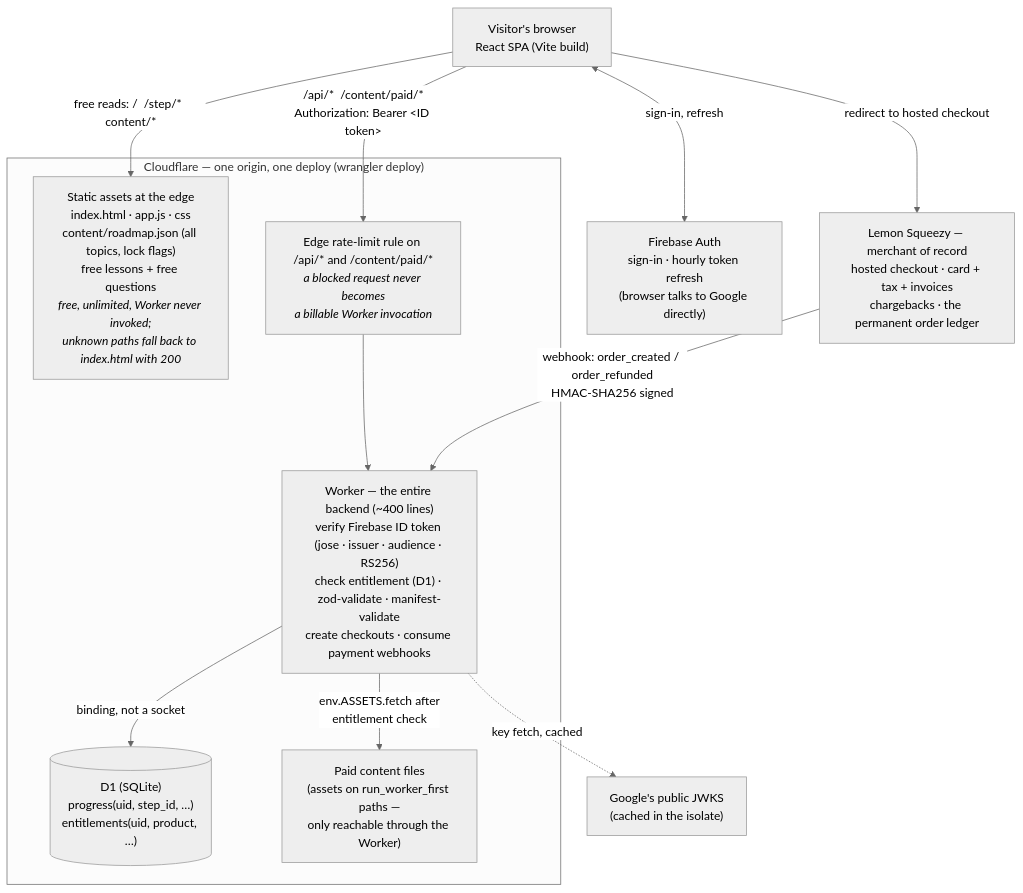
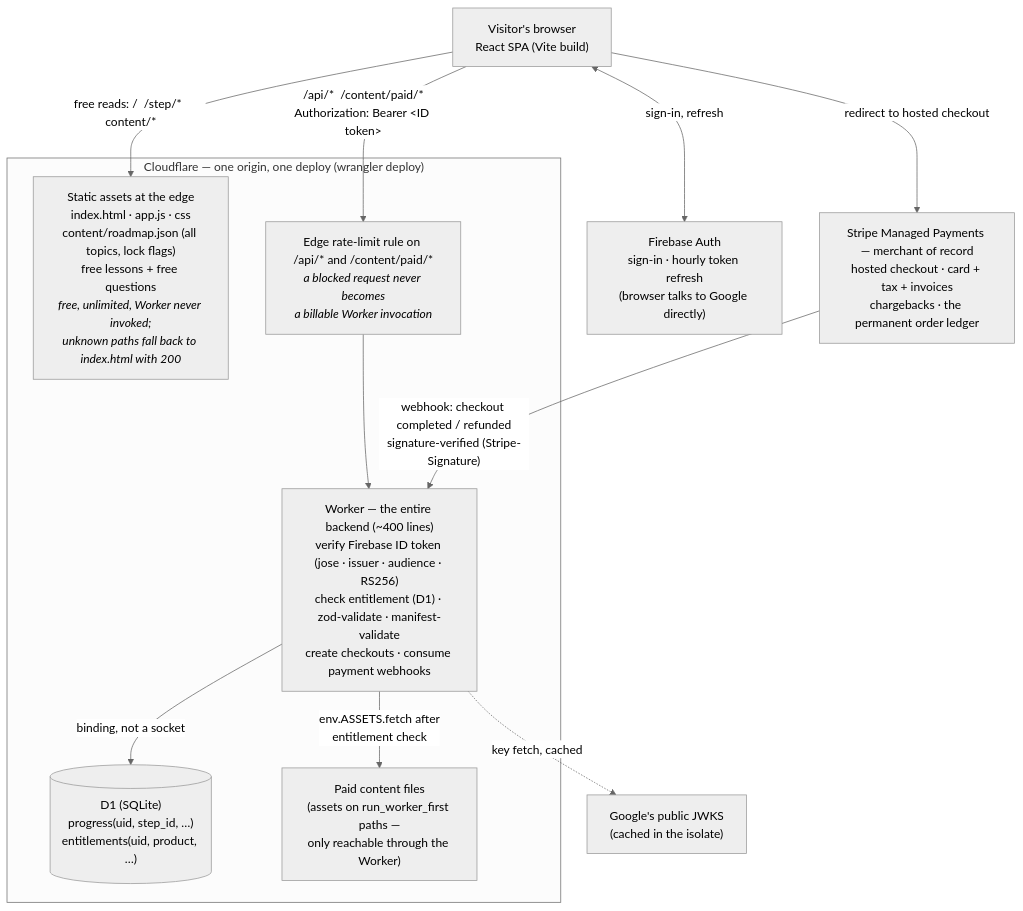
The diagram in DESIGN.md (Wnayar/deepcs), drawn with Mermaid (neutral theme) before and after one commit. The commit also changed other lines of this file, not shown here.

First line of the commit message:
DESIGN.md: Stripe Managed Payments replaces Lemon Squeezy; record how the pivot actually landed

````diff
--- a/DESIGN.md
+++ b/DESIGN.md
@@ -73,26 +75,26 @@
 ```mermaid
 flowchart TD
     V["Visitor's browser<br/>React SPA (Vite build)"]
 
     subgraph CF["Cloudflare — one origin, one deploy (wrangler deploy)"]
         EDGE["Static assets at the edge<br/>index.html · app.js · css<br/>content/roadmap.json (all topics, lock flags)<br/>free lessons + free questions<br/><i>free, unlimited, Worker never invoked;<br/>unknown paths fall back to index.html with 200</i>"]
         RL["Edge rate-limit rule on /api/* and /content/paid/*<br/><i>a blocked request never becomes<br/>a billable Worker invocation</i>"]
         W["Worker — the entire backend (~400 lines)<br/>verify Firebase ID token (jose · issuer · audience · RS256)<br/>check entitlement (D1) · zod-validate · manifest-validate<br/>create checkouts · consume payment webhooks"]
         D1[("D1 (SQLite)<br/>progress(uid, step_id, …)<br/>entitlements(uid, product, …)")]
         PAID["Paid content files<br/>(assets on run_worker_first paths —<br/>only reachable through the Worker)"]
     end
 
     FB["Firebase Auth<br/>sign-in · hourly token refresh<br/>(browser talks to Google directly)"]
     JWKS["Google's public JWKS<br/>(cached in the isolate)"]
-    LS["Lemon Squeezy — merchant of record<br/>hosted checkout · card + tax + invoices<br/>chargebacks · the permanent order ledger"]
+    PAY["Stripe Managed Payments — merchant of record<br/>hosted checkout · card + tax + invoices<br/>chargebacks · the permanent order ledger"]
 
     V -->|"free reads: /  /step/*  content/*"| EDGE
     V -->|"/api/*  /content/paid/*<br/>Authorization: Bearer &lt;ID token&gt;"| RL
     RL --> W
     W -->|"binding, not a socket"| D1
     W -->|"env.ASSETS.fetch after<br/>entitlement check"| PAID
     V <-->|"sign-in, refresh"| FB
     W -.->|"key fetch, cached"| JWKS
-    V -->|"redirect to hosted checkout"| LS
-    LS -->|"webhook: order_created / order_refunded<br/>HMAC-SHA256 signed"| W
+    V -->|"redirect to hosted checkout"| PAY
+    PAY -->|"webhook: checkout completed / refunded<br/>signature-verified (Stripe-Signature)"| W
 ```
````
